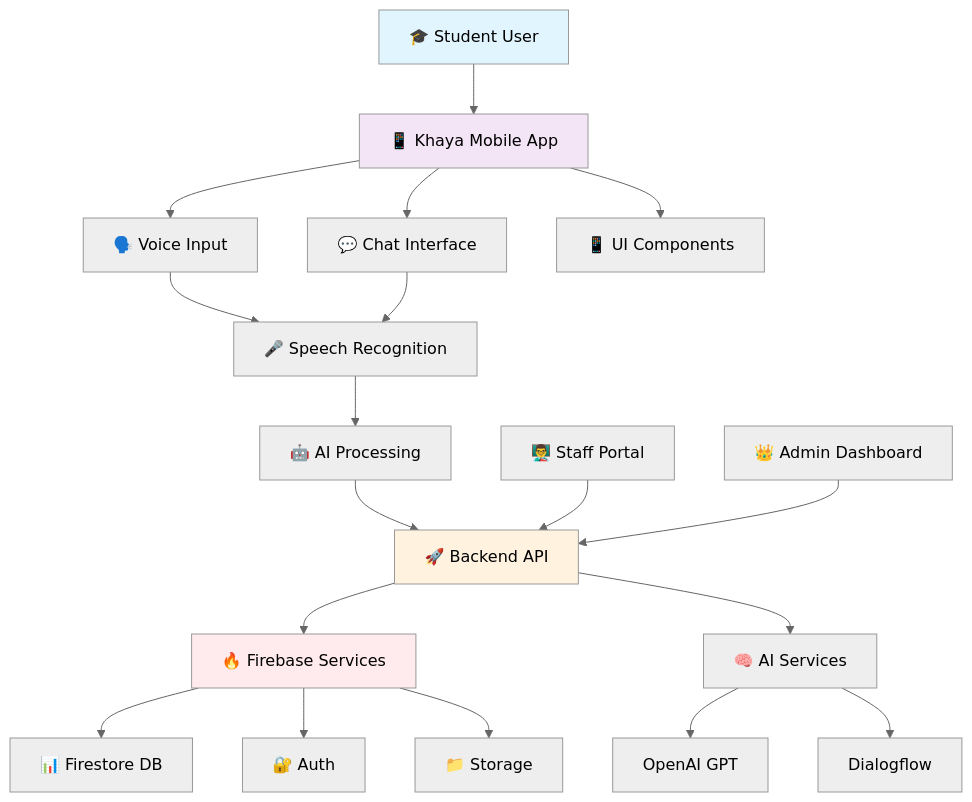
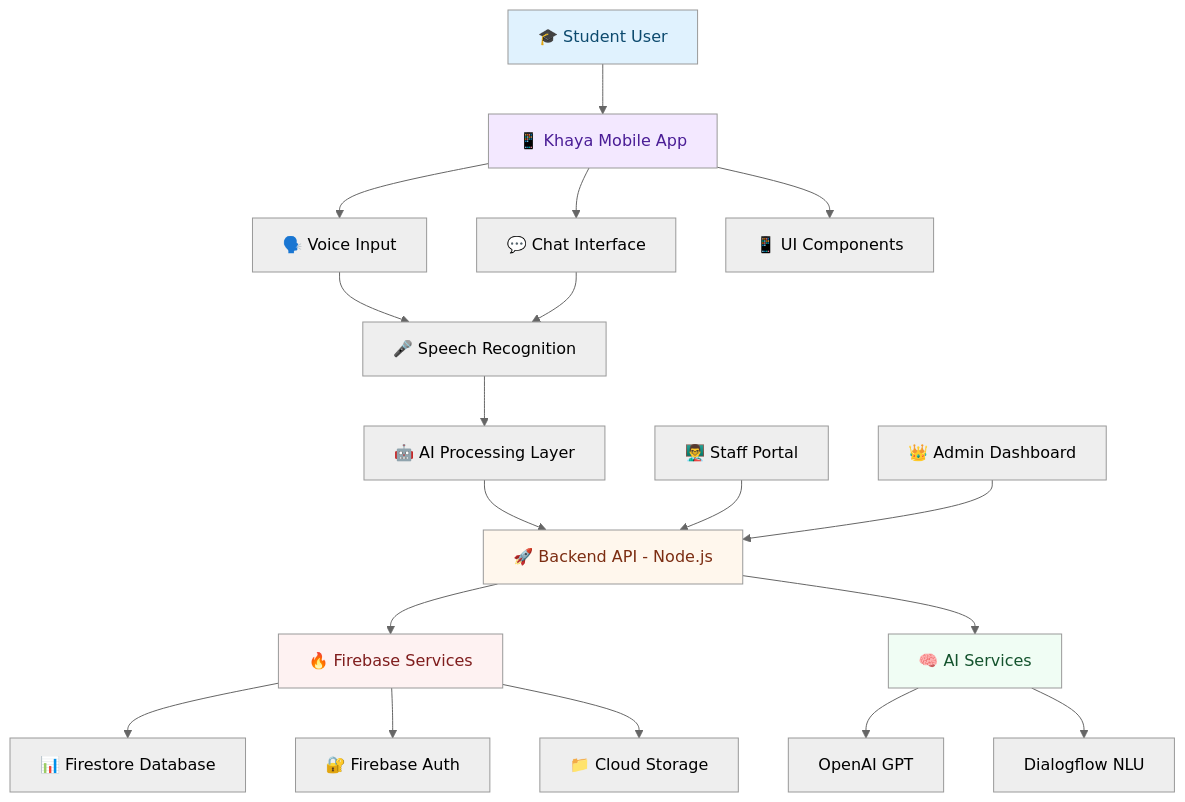
Before and after one commit to LuthandoCandlovu/ikhaya-app: the diagram in README.md, drawn with Mermaid (neutral theme). The commit also changed other lines of this file, not shown here.

````diff
--- a/README.md
+++ b/README.md
@@ -43,30 +192,31 @@
 ```mermaid
 graph TD
     A[🎓 Student User] --> B[📱 Khaya Mobile App]
     B --> C[🗣️ Voice Input]
     B --> D[💬 Chat Interface]
     B --> E[📱 UI Components]
-    
+
     C --> F[🎤 Speech Recognition]
     D --> F
-    F --> G[🤖 AI Processing]
-    
-    G --> H[🚀 Backend API]
+    F --> G[🤖 AI Processing Layer]
+
+    G --> H[🚀 Backend API - Node.js]
     H --> I[🔥 Firebase Services]
-    
-    I --> J[📊 Firestore DB]
-    I --> K[🔐 Auth]
-    I --> L[📁 Storage]
-    
+
+    I --> J[📊 Firestore Database]
+    I --> K[🔐 Firebase Auth]
+    I --> L[📁 Cloud Storage]
+
     H --> M[🧠 AI Services]
     M --> N[OpenAI GPT]
-    M --> O[Dialogflow]
-    
+    M --> O[Dialogflow NLU]
+
     P[👨‍🏫 Staff Portal] --> H
     Q[👑 Admin Dashboard] --> H
-    
-    style A fill:#e1f5fe
-    style B fill:#f3e5f5
-    style H fill:#fff3e0
-    style I fill:#ffebee
+
+    style A fill:#e0f2fe,color:#0c4a6e
+    style B fill:#f3e8ff,color:#4a1d96
+    style H fill:#fff7ed,color:#7c2d12
+    style I fill:#fef2f2,color:#7f1d1d
+    style M fill:#f0fdf4,color:#14532d
 ```
````
